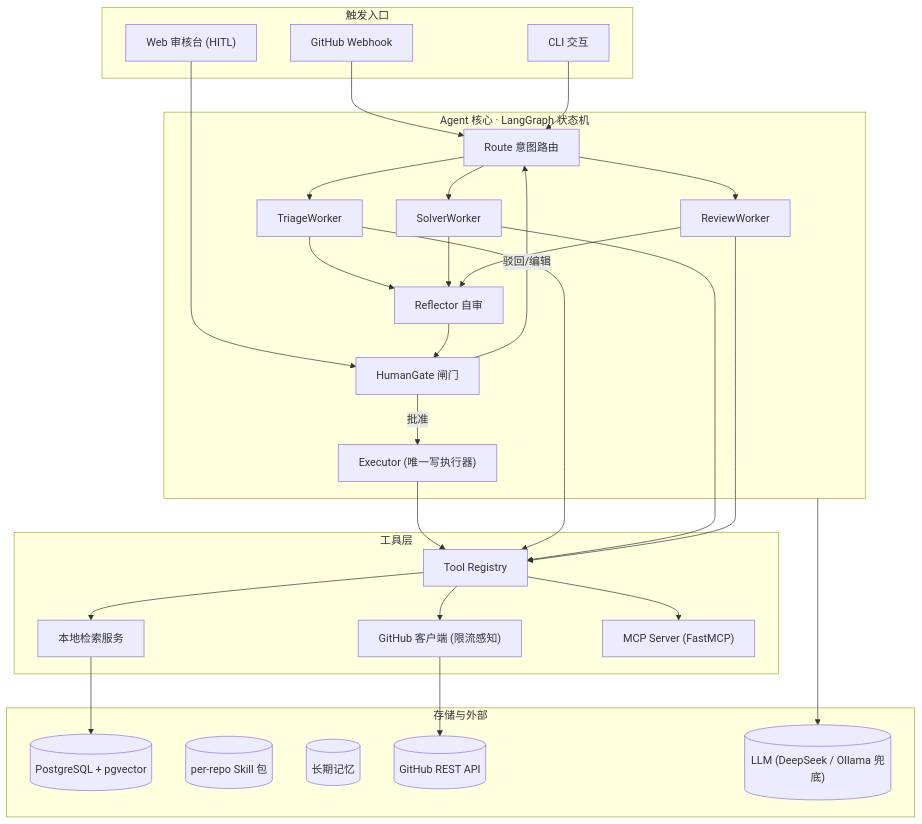
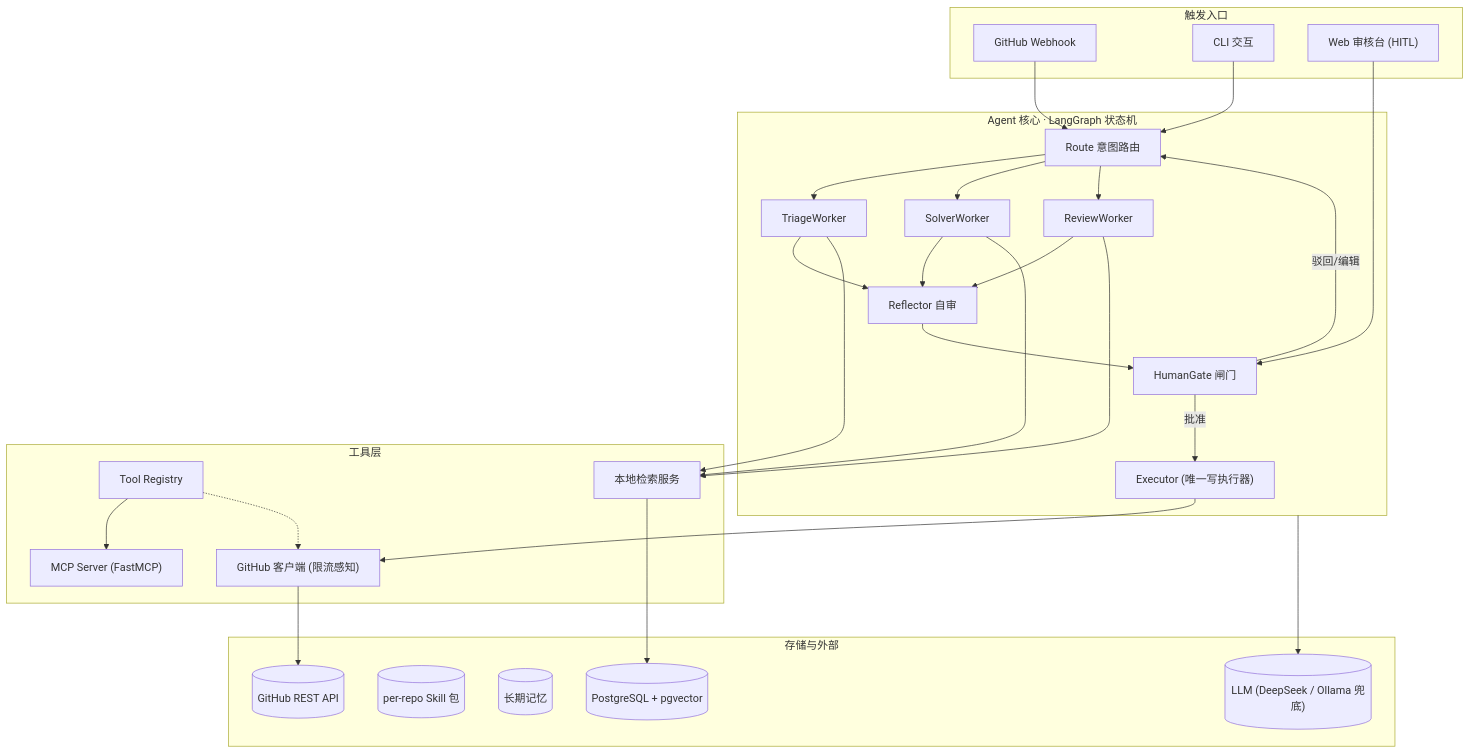
One commit to freeisle/maintainer-copilot changed the first of 2 diagrams in docs/architecture.md. Above: the diagram before and after it, drawn with Mermaid. The commit also changed other lines of this file and 8 other files, not shown here.

````diff
--- a/docs/architecture.md
+++ b/docs/architecture.md
@@ -7,41 +7,41 @@
 ```mermaid
 flowchart TB
     subgraph T["触发入口"]
         WH["GitHub Webhook"]
         CLI["CLI 交互"]
         UI["Web 审核台 (HITL)"]
     end
     subgraph C["Agent 核心 · LangGraph 状态机"]
         RT["Route 意图路由"]
         TW["TriageWorker"]
         SW["SolverWorker"]
         RW["ReviewWorker"]
         RF["Reflector 自审"]
         HG["HumanGate 闸门"]
         EX["Executor (唯一写执行器)"]
     end
     subgraph TL["工具层"]
         REG["Tool Registry"]
         GHC["GitHub 客户端 (限流感知)"]
         IDX["本地检索服务"]
         MCP["MCP Server (FastMCP)"]
     end
     subgraph D["存储与外部"]
         PG[("PostgreSQL + pgvector")]
         SK[("per-repo Skill 包")]
         MEM[("长期记忆")]
         GH[("GitHub REST API")]
         LLM[("LLM (DeepSeek / Ollama 兜底)")]
     end
     WH --> RT
     CLI --> RT
     UI --> HG
     RT --> TW & SW & RW
     TW & SW & RW --> RF --> HG
-    HG -->|批准| EX --> REG --> GHC --> GH
+    HG -->|批准| EX --> GHC --> GH
     HG -->|驳回/编辑| RT
-    TW & SW & RW --> REG
-    REG --> IDX --> PG
+    TW & SW & RW --> IDX --> PG
     REG --> MCP
+    REG -.-> GHC
     C --> LLM
 ```
````
